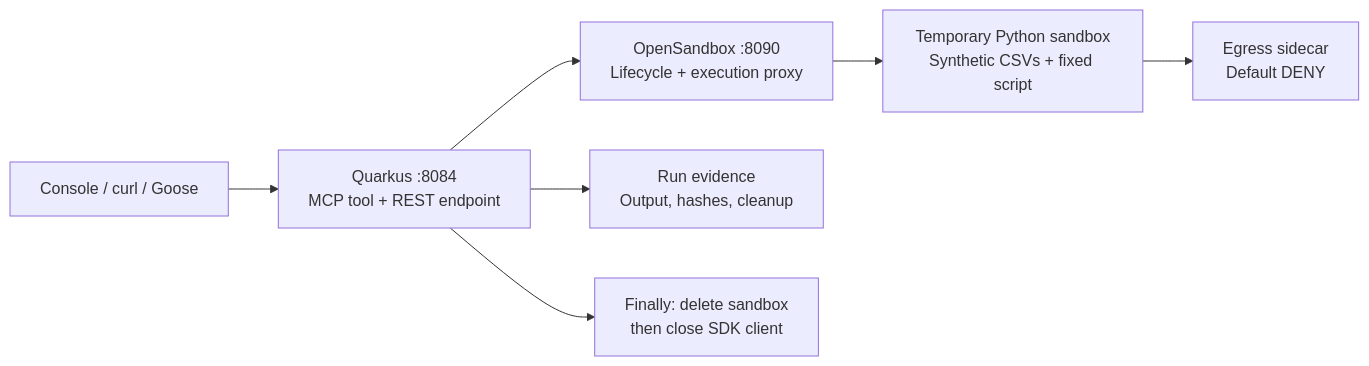
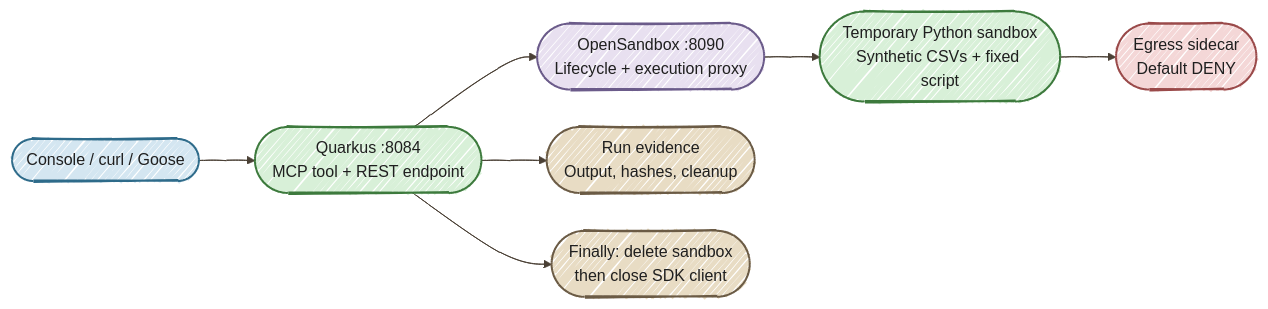
One commit to danieloh30/governed-agent-platform changed the diagram in docs/tutorials/07-sandbox-execution.md. Above: the diagram before and after it, drawn with Mermaid.

Commit message:
Match Part 7 diagram to the hand-drawn tutorial style

````diff
--- a/docs/tutorials/07-sandbox-execution.md
+++ b/docs/tutorials/07-sandbox-execution.md
@@ -26,9 +26,17 @@
 ```mermaid
+%%{init: {"look":"handDrawn","theme":"base","themeVariables":{"darkMode":false,"background":"#FFFCF5","primaryColor":"#D4E6F1","primaryBorderColor":"#2E6B8A","primaryTextColor":"#1F1F1F","secondaryColor":"#D8F0D8","secondaryTextColor":"#1F1F1F","tertiaryColor":"#E8DCC4","tertiaryTextColor":"#1F1F1F","textColor":"#1F1F1F","lineColor":"#4A4035","edgeLabelBackground":"#FFFCF5","clusterBkg":"#F5F5F0","clusterBorder":"#6B5B45","fontSize":"16px","actorBkg":"#D4E6F1","actorBorder":"#2E6B8A","actorTextColor":"#1F1F1F","actorLineColor":"#6B5B45","signalColor":"#4A4035","signalTextColor":"#1F1F1F"},"flowchart":{"nodeSpacing":35,"rankSpacing":55,"padding":18}}}%%
 flowchart LR
-    CLIENT["Console / curl / Goose"] --> Q["Quarkus :8084<br/>MCP tool + REST endpoint"]
-    Q --> API["OpenSandbox :8090<br/>Lifecycle + execution proxy"]
-    API --> SB["Temporary Python sandbox<br/>Synthetic CSVs + fixed script"]
-    SB --> POLICY["Egress sidecar<br/>Default DENY"]
-    Q --> EVIDENCE["Run evidence<br/>Output, hashes, cleanup"]
-    Q --> DELETE["Finally: delete sandbox<br/>then close SDK client"]
+    CLIENT(["Console / curl / Goose"]) --> Q(["Quarkus :8084<br/>MCP tool + REST endpoint"])
+    Q --> API(["OpenSandbox :8090<br/>Lifecycle + execution proxy"])
+    API --> SB(["Temporary Python sandbox<br/>Synthetic CSVs + fixed script"])
+    SB --> POLICY(["Egress sidecar<br/>Default DENY"])
+    Q --> EVIDENCE(["Run evidence<br/>Output, hashes, cleanup"])
+    Q --> DELETE(["Finally: delete sandbox<br/>then close SDK client"])
+    style CLIENT fill:#D4E6F1,stroke:#2E6B8A,color:#1F1F1F,stroke-width:2px
+    style Q fill:#D8F0D8,stroke:#3D7A3D,color:#1F1F1F,stroke-width:2px
+    style API fill:#E8E0F0,stroke:#6B5B8A,color:#1F1F1F,stroke-width:2px
+    style SB fill:#D8F0D8,stroke:#3D7A3D,color:#1F1F1F,stroke-width:2px
+    style POLICY fill:#F4D7D7,stroke:#9A4A4A,color:#1F1F1F,stroke-width:2px
+    style EVIDENCE fill:#E8DCC4,stroke:#6B5B45,color:#1F1F1F,stroke-width:2px
+    style DELETE fill:#E8DCC4,stroke:#6B5B45,color:#1F1F1F,stroke-width:2px
 ```
````
